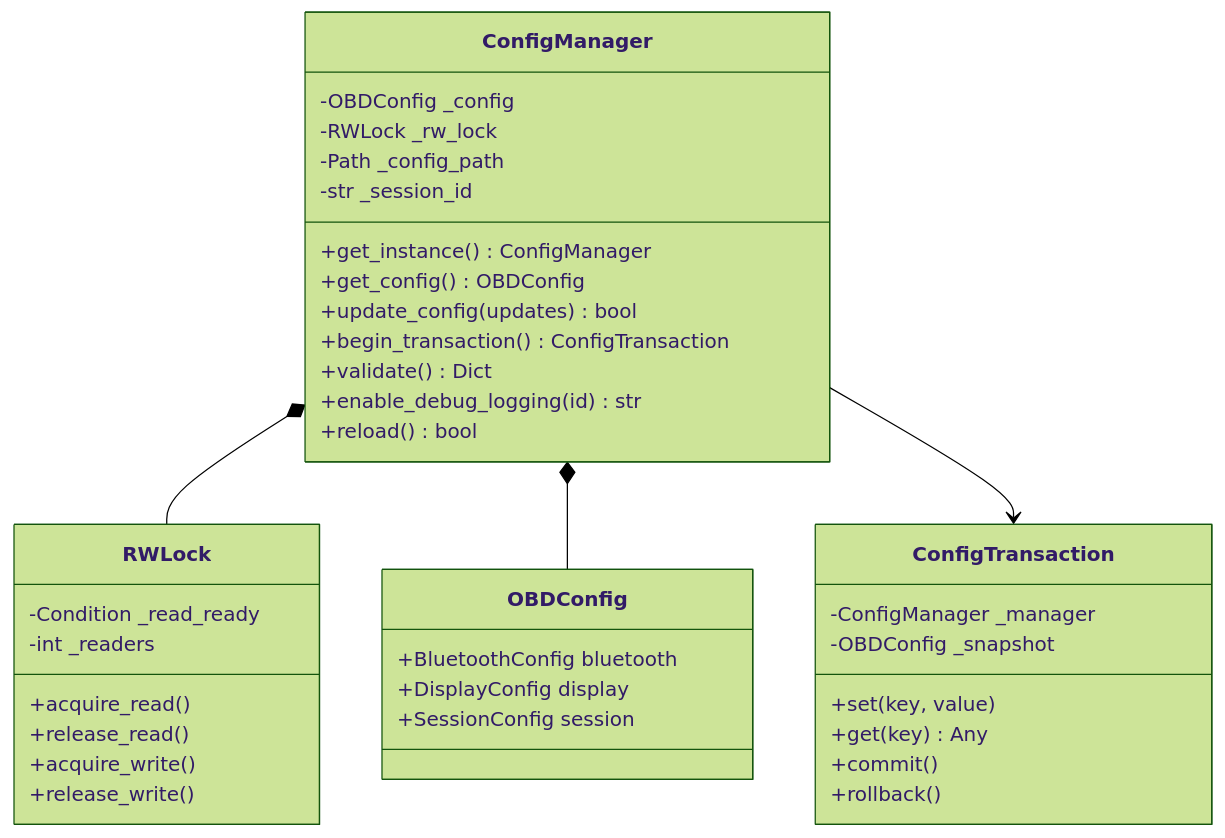
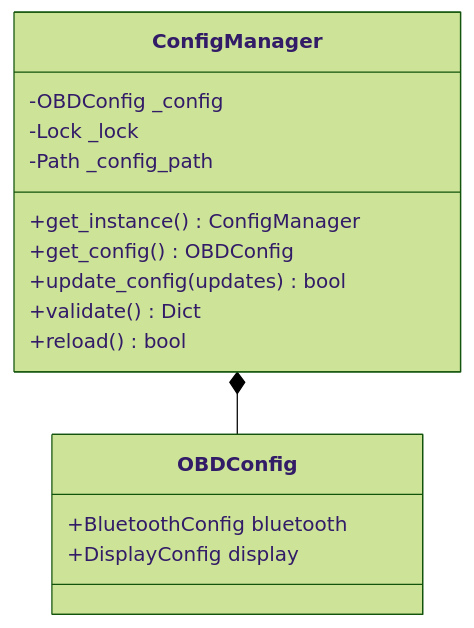
The diagram in workspace/design/design-b4c5d6e7-component_utils_config_manager.md (William12556/GTach), drawn with Mermaid (forest theme) before and after one commit. The commit also changed other lines of this file and 70 other files, not shown here.

````diff
--- a/workspace/design/design-b4c5d6e7-component_utils_config_manager.md
+++ b/workspace/design/design-b4c5d6e7-component_utils_config_manager.md
@@ -386,44 +285,20 @@
 ```mermaid
 classDiagram
     class ConfigManager {
         -OBDConfig _config
-        -RWLock _rw_lock
+        -Lock _lock
         -Path _config_path
-        -str _session_id
         +get_instance() ConfigManager
         +get_config() OBDConfig
         +update_config(updates) bool
-        +begin_transaction() ConfigTransaction
         +validate() Dict
-        +enable_debug_logging(id) str
         +reload() bool
-    }
-    
-    class RWLock {
-        -Condition _read_ready
-        -int _readers
-        +acquire_read()
-        +release_read()
-        +acquire_write()
-        +release_write()
-    }
-    
-    class ConfigTransaction {
-        -ConfigManager _manager
-        -OBDConfig _snapshot
-        +set(key, value)
-        +get(key) Any
-        +commit()
-        +rollback()
     }
     
     class OBDConfig {
         +BluetoothConfig bluetooth
         +DisplayConfig display
-        +SessionConfig session
     }
     
-    ConfigManager *-- RWLock
     ConfigManager *-- OBDConfig
-    ConfigManager --> ConfigTransaction
 ```
````
